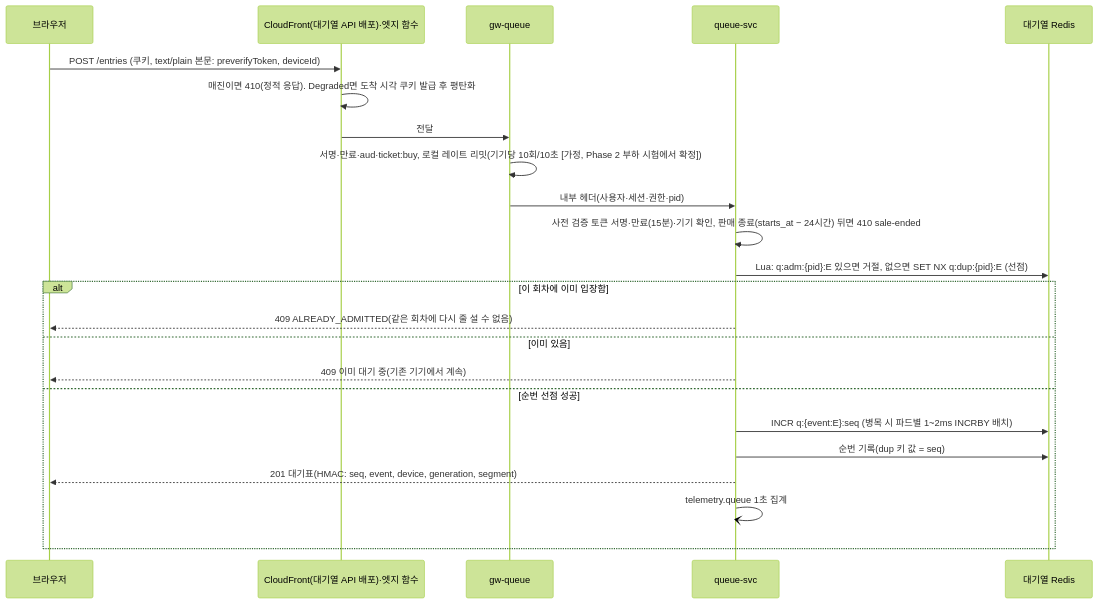
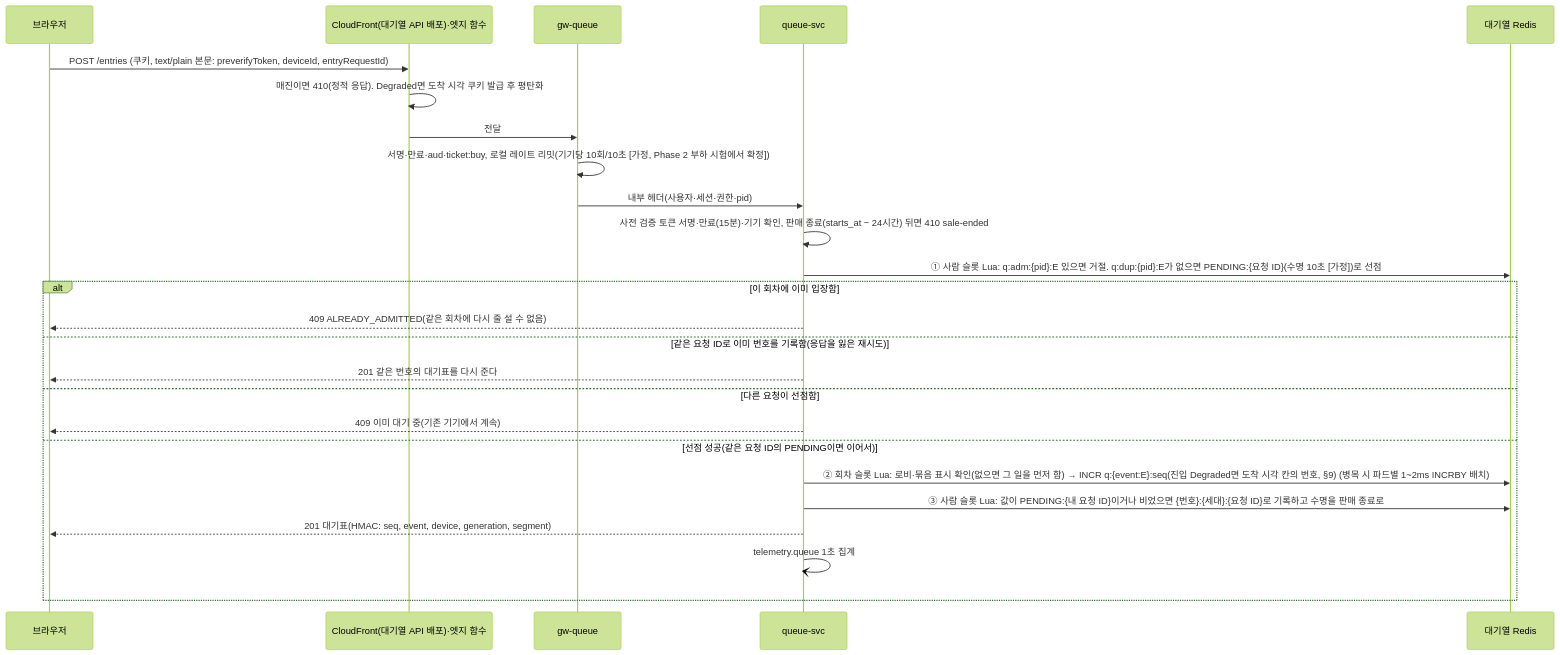
The third of 4 diagrams in docs/features/queue-admission.md (peaket/peaket), drawn with Mermaid (forest theme) before and after one commit. The commit also changed other lines of this file and 228 other files, not shown here.

````diff
--- a/docs/features/queue-admission.md
+++ b/docs/features/queue-admission.md
@@ -88,25 +90,27 @@
 ```mermaid
 sequenceDiagram
     participant B as 브라우저
     participant E as CloudFront(대기열 API 배포)·엣지 함수
     participant G as gw-queue
     participant Q as queue-svc
     participant R as 대기열 Redis
-    B->>E: POST /entries (쿠키, text/plain 본문: preverifyToken, deviceId)
+    B->>E: POST /entries (쿠키, text/plain 본문: preverifyToken, deviceId, entryRequestId)
     E->>E: 매진이면 410(정적 응답). Degraded면 도착 시각 쿠키 발급 후 평탄화
     E->>G: 전달
     G->>G: 서명·만료·aud·ticket:buy, 로컬 레이트 리밋(기기당 10회/10초 [가정, Phase 2 부하 시험에서 확정])
     G->>Q: 내부 헤더(사용자·세션·권한·pid)
     Q->>Q: 사전 검증 토큰 서명·만료(15분)·기기 확인, 판매 종료(starts_at − 24시간) 뒤면 410 sale-ended
-    Q->>R: Lua: q:adm:{pid}:E 있으면 거절, 없으면 SET NX q:dup:{pid}:E (선점)
+    Q->>R: ① 사람 슬롯 Lua: q:adm:{pid}:E 있으면 거절. q:dup:{pid}:E가 없으면 PENDING:{요청 ID}(수명 10초 [가정])로 선점
     alt 이 회차에 이미 입장함
         Q-->>B: 409 ALREADY_ADMITTED(같은 회차에 다시 줄 설 수 없음)
-    else 이미 있음
+    else 같은 요청 ID로 이미 번호를 기록함(응답을 잃은 재시도)
+        Q-->>B: 201 같은 번호의 대기표를 다시 준다
+    else 다른 요청이 선점함
         Q-->>B: 409 이미 대기 중(기존 기기에서 계속)
-    else 순번 선점 성공
-        Q->>R: INCR q:{event:E}:seq (병목 시 파드별 1~2ms INCRBY 배치)
-        Q->>R: 순번 기록(dup 키 값 = seq)
+    else 선점 성공(같은 요청 ID의 PENDING이면 이어서)
+        Q->>R: ② 회차 슬롯 Lua: 로비·묶음 표시 확인(없으면 그 일을 먼저 함) → INCR q:{event:E}:seq(진입 Degraded면 도착 시각 칸의 번호, §9) (병목 시 파드별 1~2ms INCRBY 배치)
+        Q->>R: ③ 사람 슬롯 Lua: 값이 PENDING:{내 요청 ID}이거나 비었으면 {번호}:{세대}:{요청 ID}로 기록하고 수명을 판매 종료로
         Q-->>B: 201 대기표(HMAC: seq, event, device, generation, segment)
         Q-)Q: telemetry.queue 1초 집계
     end
 ```
````
